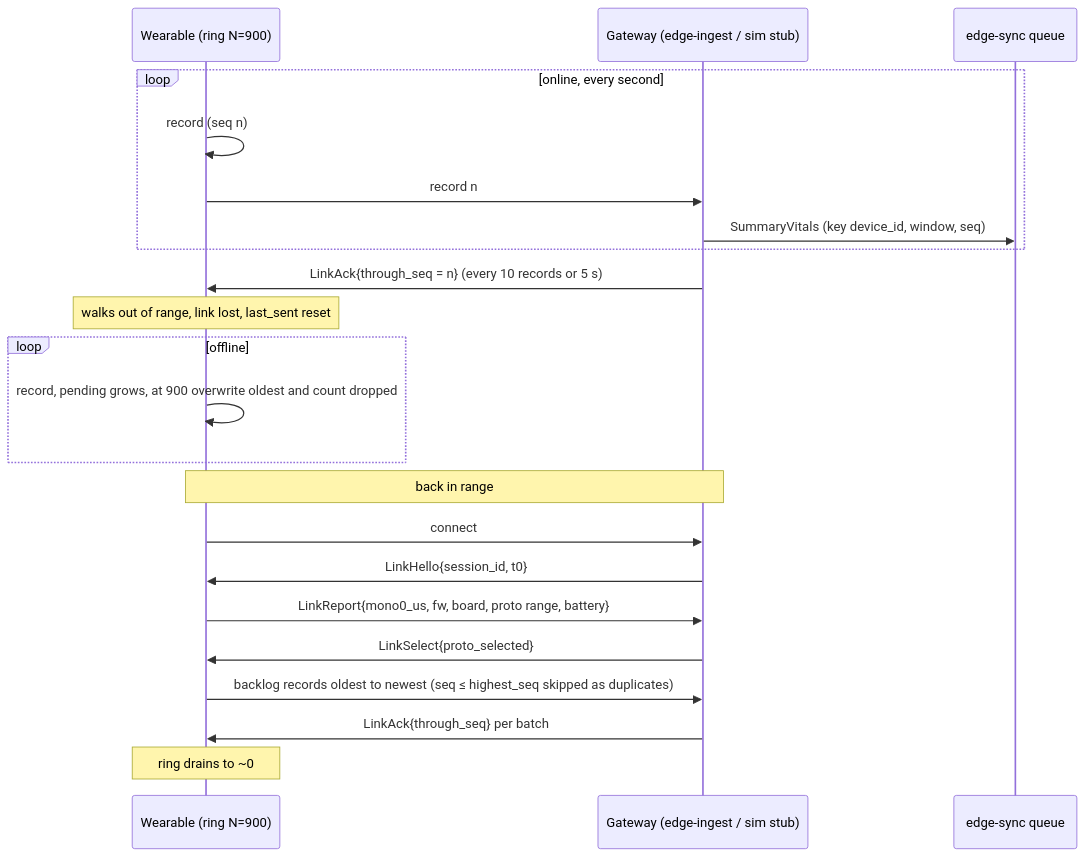
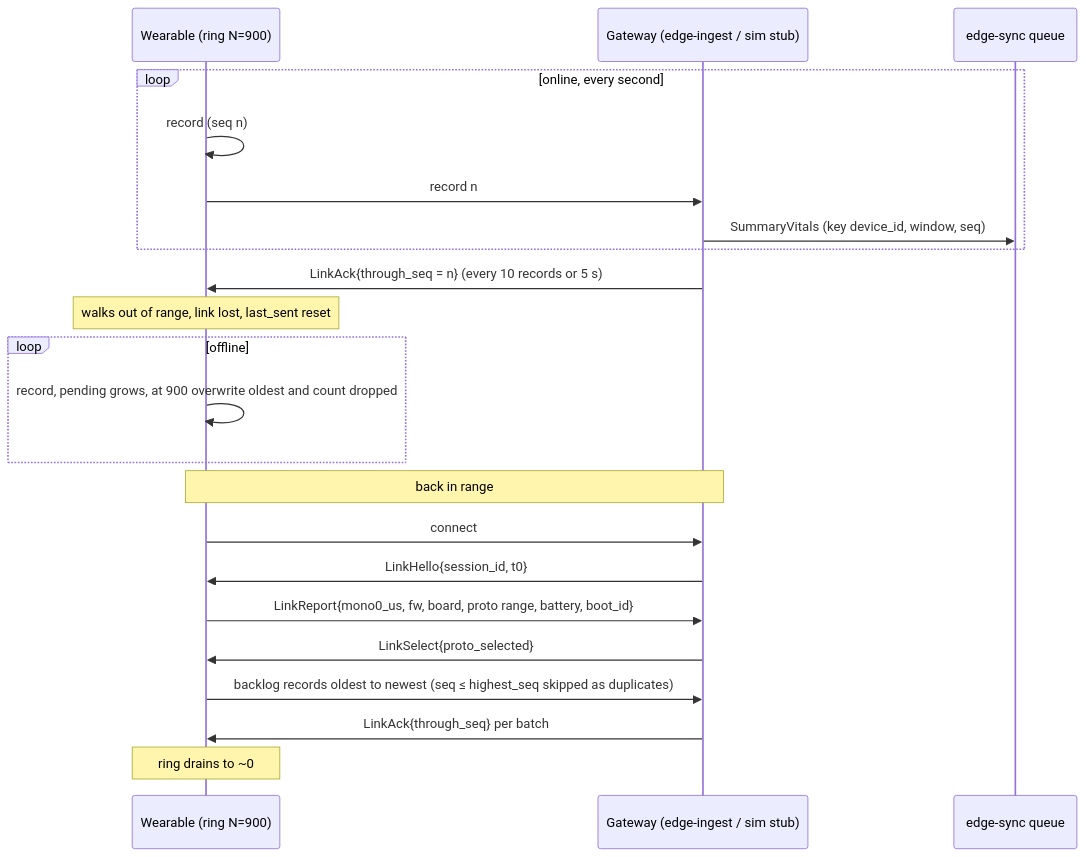
The third of 6 diagrams in docs/design/08-reliability-data-lifecycle.md (thongnguyenk21/Secure-Health-Monitoring-System-), drawn with Mermaid before and after one commit. The commit also changed other lines of this file and 4 other files, not shown here.

````diff
--- a/docs/design/08-reliability-data-lifecycle.md
+++ b/docs/design/08-reliability-data-lifecycle.md
@@ -234,24 +234,24 @@
 ```mermaid
 sequenceDiagram
   participant D as Wearable (ring N=900)
   participant G as Gateway (edge-ingest / sim stub)
   participant Q as edge-sync queue
   loop online, every second
     D->>D: record (seq n)
     D->>G: record n
     G->>Q: SummaryVitals (key device_id, window, seq)
   end
   G->>D: LinkAck{through_seq = n} (every 10 records or 5 s)
   Note over D: walks out of range, link lost, last_sent reset
   loop offline
     D->>D: record, pending grows, at 900 overwrite oldest and count dropped
   end
   Note over D,G: back in range
   D->>G: connect
   G->>D: LinkHello{session_id, t0}
-  D->>G: LinkReport{mono0_us, fw, board, proto range, battery}
+  D->>G: LinkReport{mono0_us, fw, board, proto range, battery, boot_id}
   G->>D: LinkSelect{proto_selected}
   D->>G: backlog records oldest to newest (seq ≤ highest_seq skipped as duplicates)
   G->>D: LinkAck{through_seq} per batch
   Note over D: ring drains to ~0
 ```
````
